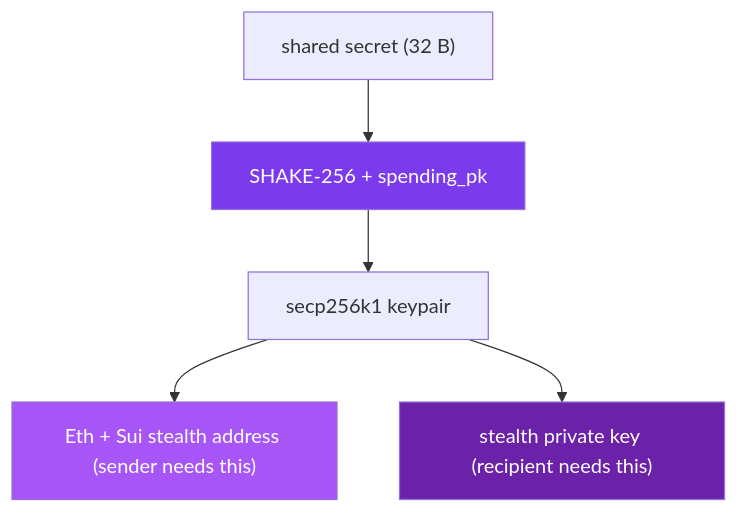
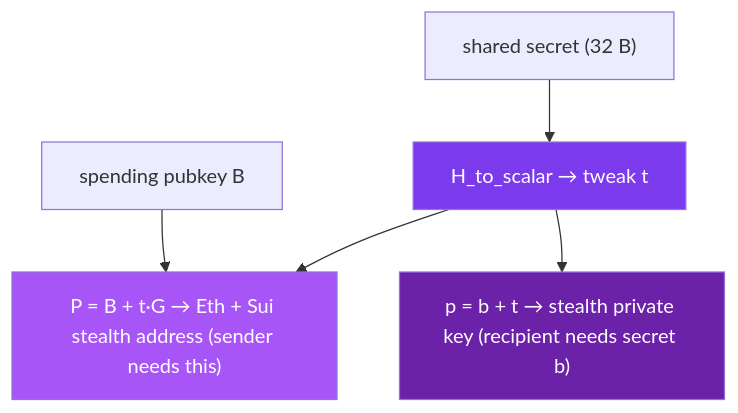
The diagram in docs/under-the-hood/stealth-derivation.mdx (specter-privacy/docs), drawn with Mermaid before and after one commit. The commit also changed other lines of this file and 23 other files, not shown here.

````diff
--- a/docs/under-the-hood/stealth-derivation.mdx
+++ b/docs/under-the-hood/stealth-derivation.mdx
@@ -48,11 +55,11 @@
 ```mermaid
 flowchart TD
-    SS["shared secret (32 B)"] --> SHAKE["SHAKE-256 + spending_pk"]
-    SHAKE --> ETH["secp256k1 keypair"]
-    ETH --> ADDR["Eth + Sui stealth address (sender needs this)"]
-    ETH --> PRIV["stealth private key (recipient needs this)"]
+    SS["shared secret (32 B)"] --> TWEAK["H_to_scalar → tweak t"]
+    B["spending pubkey B"] --> ADDR["P = B + t·G → Eth + Sui stealth address (sender needs this)"]
+    TWEAK --> ADDR
+    TWEAK --> PRIV["p = b + t → stealth private key (recipient needs secret b)"]
 
-    style SHAKE fill:#7c3aed,color:#fff
+    style TWEAK fill:#7c3aed,color:#fff
     style ADDR fill:#a855f7,color:#fff
     style PRIV fill:#6b21a8,color:#fff
 ```
````
